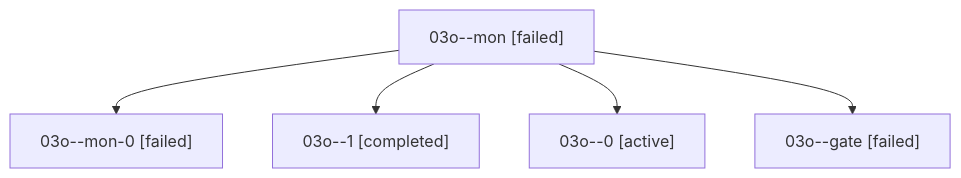
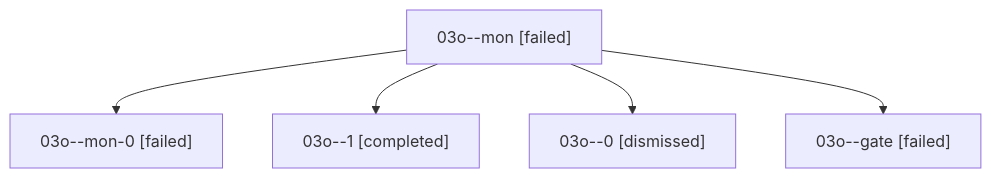
The diagram in sessions/bbugyi200.athena.03o.md (sase-org/sase--agents), drawn with Mermaid before and after one commit. The commit also changed other lines of this file and 34 other files, not shown here.

````diff
--- a/sessions/bbugyi200.athena.03o.md
+++ b/sessions/bbugyi200.athena.03o.md
@@ -9,12 +9,12 @@
 ```mermaid
 flowchart TD
   n0["03o--mon [failed]"]
   n1["03o--mon-0 [failed]"]
   n0 --> n1
   n2["03o--1 [completed]"]
   n0 --> n2
-  n3["03o--0 [active]"]
+  n3["03o--0 [dismissed]"]
   n0 --> n3
   n4["03o--gate [failed]"]
   n0 --> n4
 ```
````
